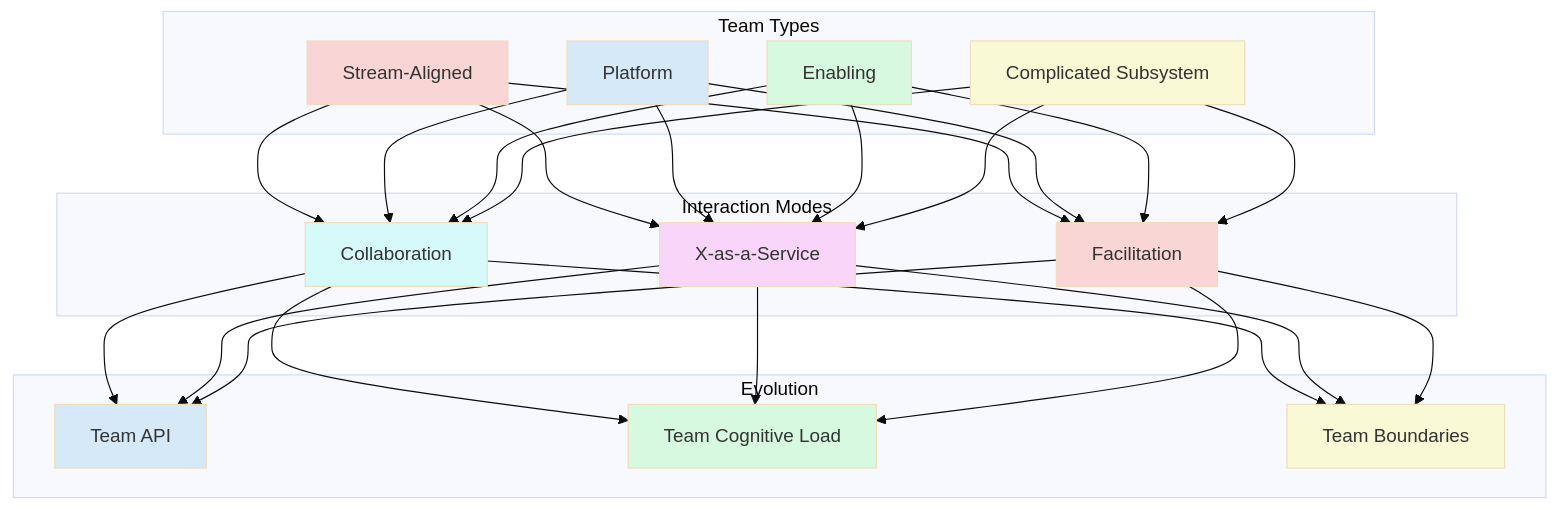
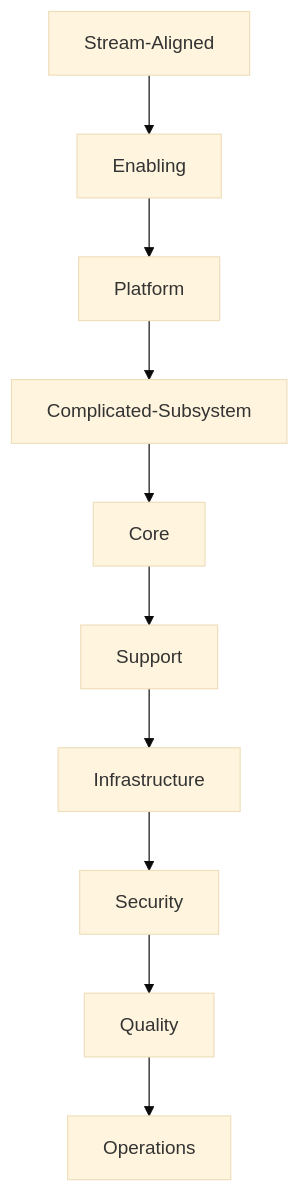
Before and after one commit to carlsendk/tech-leadership: the diagram in src/content/wiki/organization/team-structure/team-topologies.md, drawn with Mermaid (base theme). The commit also changed 16 other files, not shown here.

````diff
--- a/src/content/wiki/organization/team-structure/team-topologies.md
+++ b/src/content/wiki/organization/team-structure/team-topologies.md
@@ -16,41 +16,12 @@
 ```mermaid
 graph TD
-    subgraph "Team Types"
-        A[Stream-Aligned]
-        B[Platform]
-        C[Enabling]
-        D[Complicated Subsystem]
-    end
-    
-    subgraph "Interaction Modes"
-        E[Collaboration]
-        F[X-as-a-Service]
-        G[Facilitation]
-    end
-    
-    subgraph "Evolution"
-        H[Team API]
-        I[Team Cognitive Load]
-        J[Team Boundaries]
-    end
-    
-    A --> E & F & G
-    B --> E & F & G
-    C --> E & F & G
-    D --> E & F & G
-    
-    E --> H & I & J
-    F --> H & I & J
-    G --> H & I & J
-    
-    style A fill:#f9d6d5
-    style B fill:#d6e9f9
-    style C fill:#d6f9e0
-    style D fill:#f9f9d6
-    style E fill:#d6f9f9
-    style F fill:#f9d6f9
-    style G fill:#f9d6d5
-    style H fill:#d6e9f9
-    style I fill:#d6f9e0
-    style J fill:#f9f9d6
+    A[Stream-Aligned] --> B[Enabling]
+    B --> C[Platform]
+    C --> D[Complicated-Subsystem]
+    D --> E[Core]
+    E --> F[Support]
+    F --> G[Infrastructure]
+    G --> H[Security]
+    H --> I[Quality]
+    I --> J[Operations]
 ```
````
